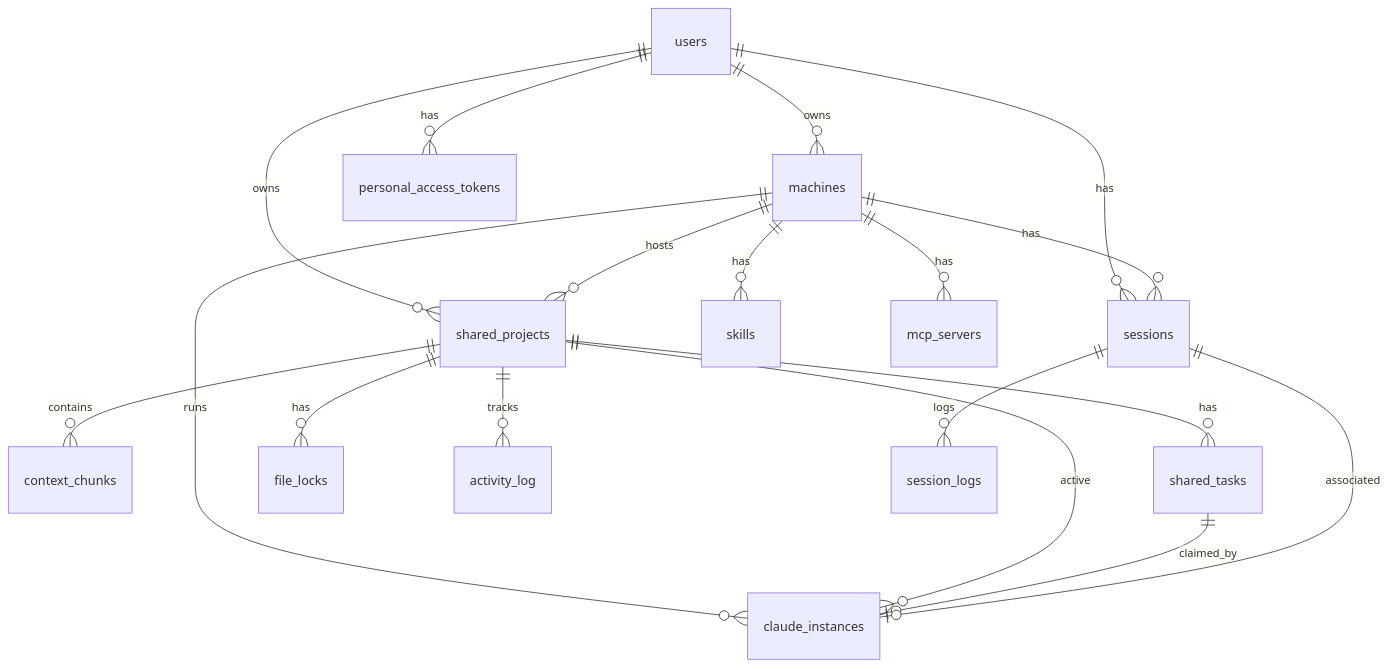
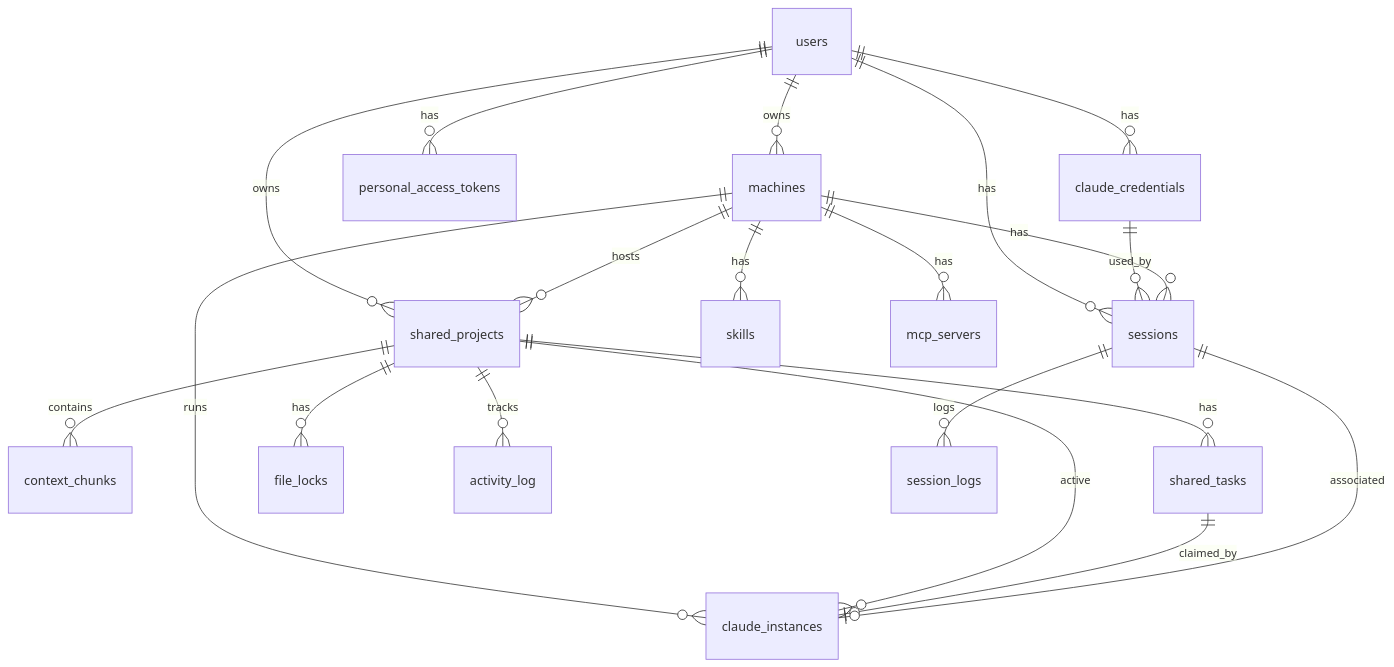
The third of 3 diagrams in CLAUDE.md (QrCommunication/claudenest), drawn with Mermaid before and after one commit. The commit also changed other lines of this file, not shown here.

First line of the commit message:
docs: update CLAUDE.md with credentials, i18n, theme system and IDE layout

````diff
--- a/CLAUDE.md
+++ b/CLAUDE.md
@@ -914,23 +978,26 @@
 ```mermaid
 erDiagram
     users ||--o{ machines : owns
     users ||--o{ sessions : has
     users ||--o{ shared_projects : owns
     users ||--o{ personal_access_tokens : has
+    users ||--o{ claude_credentials : has
+
+    claude_credentials ||--o{ sessions : used_by
     
     machines ||--o{ sessions : has
     machines ||--o{ shared_projects : hosts
     machines ||--o{ claude_instances : runs
     machines ||--o{ skills : has
     machines ||--o{ mcp_servers : has
     
     shared_projects ||--o{ context_chunks : contains
     shared_projects ||--o{ shared_tasks : has
     shared_projects ||--o{ file_locks : has
     shared_projects ||--o{ claude_instances : active
     shared_projects ||--o{ activity_log : tracks
     
     shared_tasks ||--o| claude_instances : claimed_by
     sessions ||--o| claude_instances : associated
     sessions ||--o{ session_logs : logs
 ```
````
